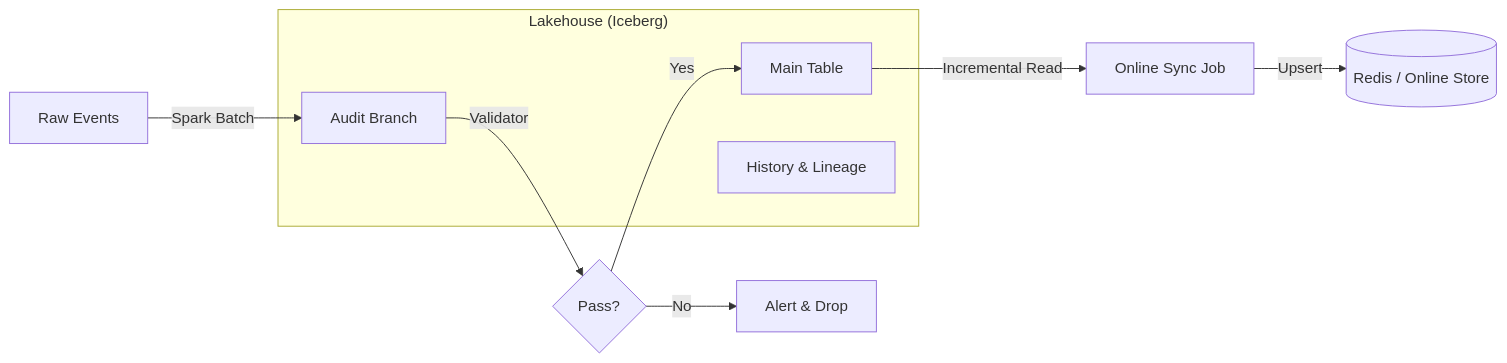
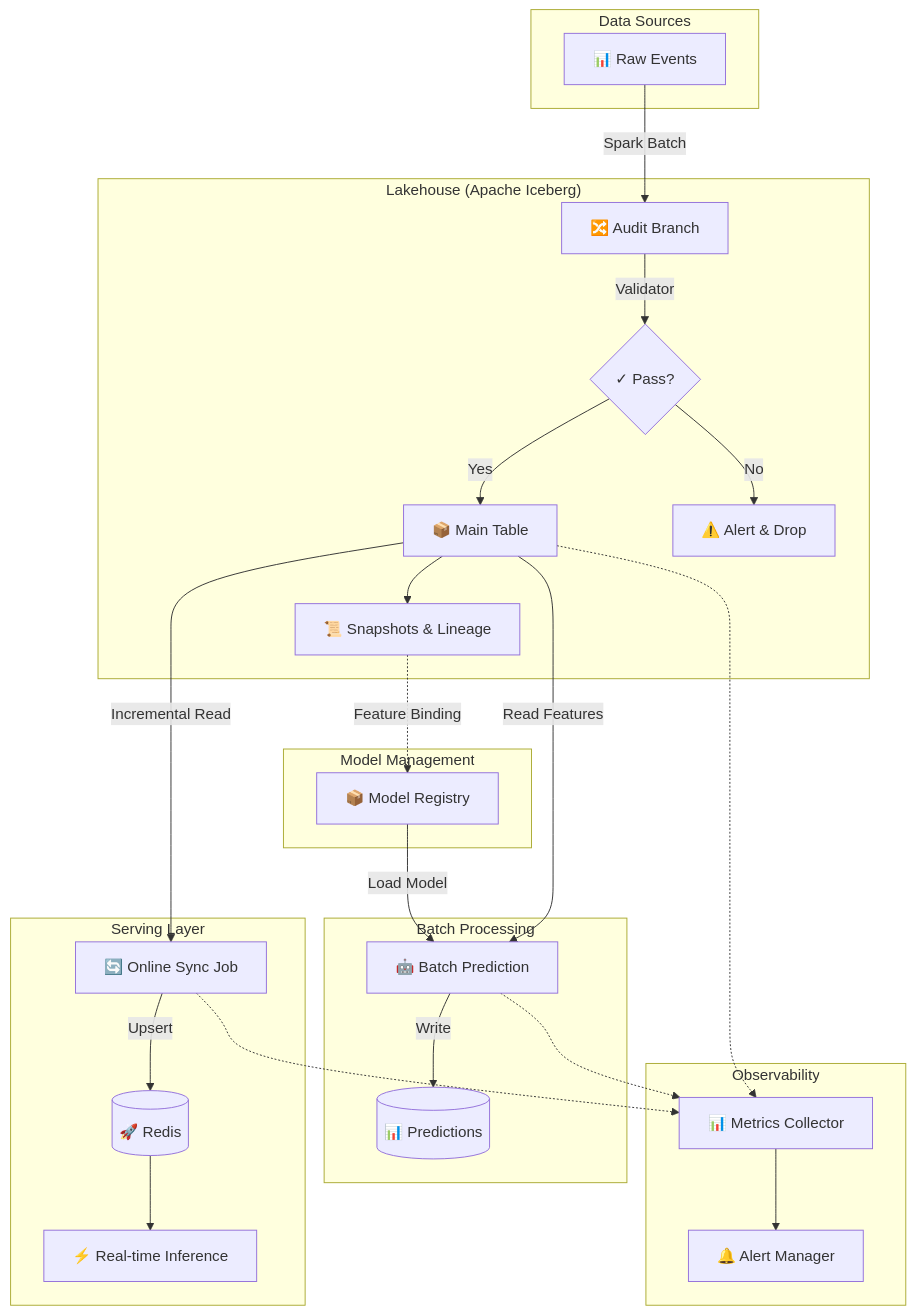
Before and after one commit to j112929/offline_data_infra: the diagram in README.md, drawn with Mermaid. The commit also changed other lines of this file and 11 other files, not shown here.

````diff
--- a/README.md
+++ b/README.md
@@ -29,15 +91,40 @@
 ```mermaid
-graph LR
-    Raw[Raw Events] -->|Spark Batch| Branch[Audit Branch]
-    Branch -->|Validator| Decision{Pass?}
-    Decision -->|Yes| Main[Main Table]
-    Decision -->|No| Alert[Alert & Drop]
-    Main -->|Incremental Read| OnlineSync[Online Sync Job]
-    OnlineSync -->|Upsert| Redis[(Redis / Online Store)]
+graph TB
+    subgraph "Data Sources"
+        RAW[📊 Raw Events]
+    end
     
-    subgraph "Lakehouse (Iceberg)"
-        Main
-        Branch
-        Snapshots[History & Lineage]
+    subgraph "Lakehouse (Apache Iceberg)"
+        RAW -->|Spark Batch| AUDIT[🔀 Audit Branch]
+        AUDIT -->|Validator| DECISION{✓ Pass?}
+        DECISION -->|Yes| MAIN[📦 Main Table]
+        DECISION -->|No| DROP[⚠️ Alert & Drop]
+        MAIN --> SNAPSHOTS[📜 Snapshots & Lineage]
+    end
+    
+    subgraph "Model Management"
+        REGISTRY[📦 Model Registry]
+        SNAPSHOTS -.->|Feature Binding| REGISTRY
+    end
+    
+    subgraph "Batch Processing"
+        REGISTRY -->|Load Model| BATCH[🤖 Batch Prediction]
+        MAIN -->|Read Features| BATCH
+        BATCH -->|Write| PREDICTIONS[(📊 Predictions)]
+    end
+    
+    subgraph "Serving Layer"
+        MAIN -->|Incremental Read| SYNC[🔄 Online Sync Job]
+        SYNC -->|Upsert| REDIS[(🚀 Redis)]
+        REDIS --> INFERENCE[⚡ Real-time Inference]
+    end
+    
+    subgraph "Observability"
+        METRICS[📊 Metrics Collector]
+        ALERTS[🔔 Alert Manager]
+        MAIN -.-> METRICS
+        BATCH -.-> METRICS
+        SYNC -.-> METRICS
+        METRICS --> ALERTS
     end
 ```
````
